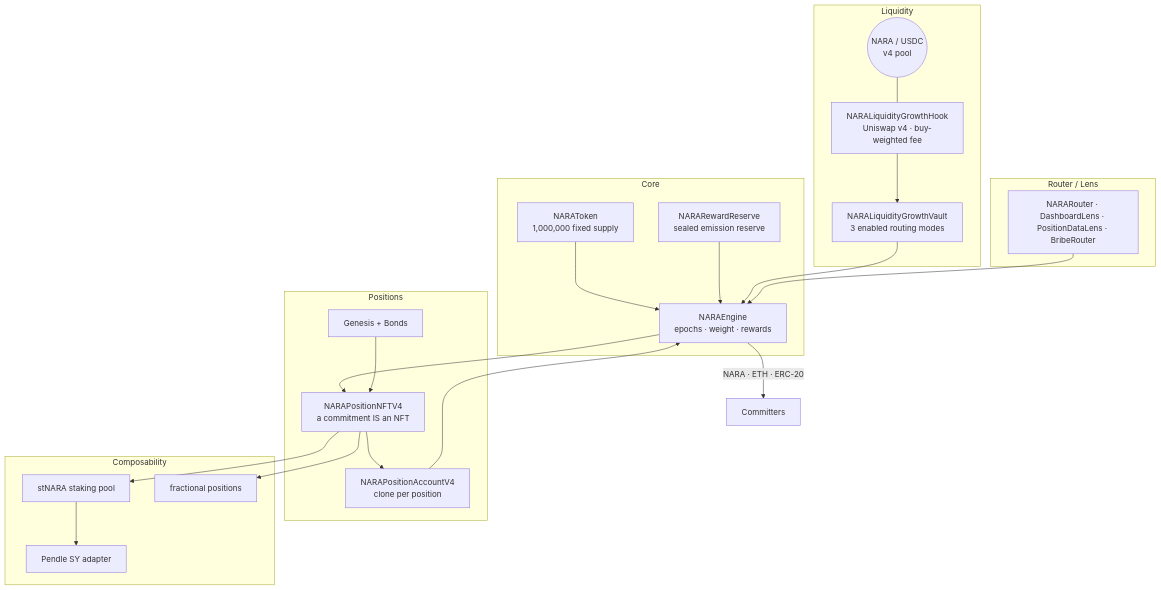
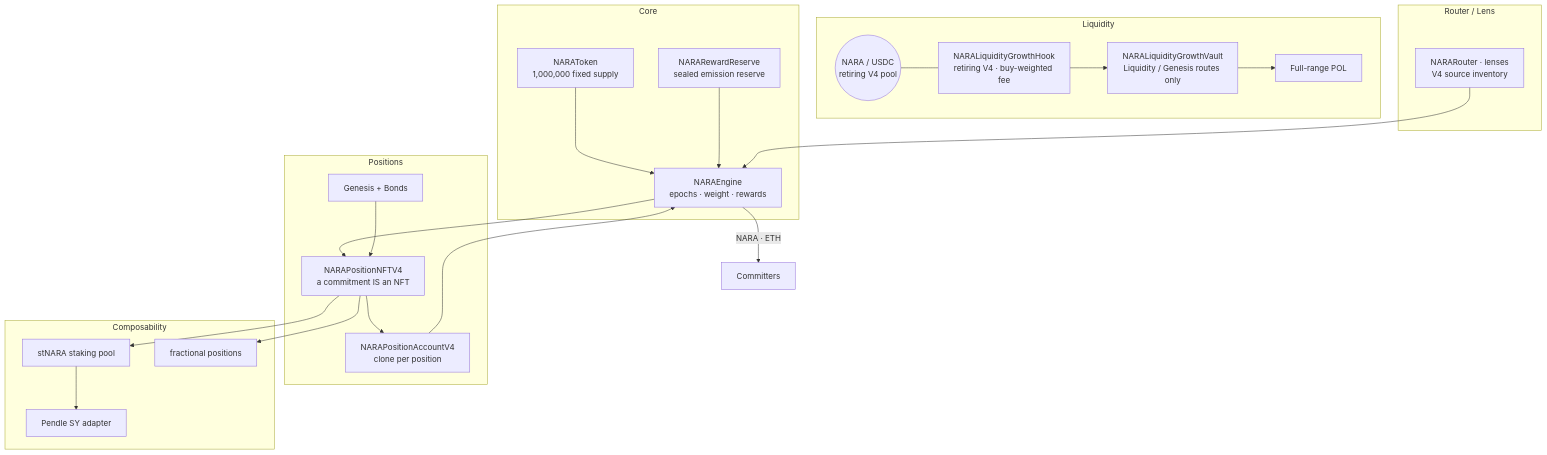
One commit to NARAProtocol/nara_protocol_v4 changed the diagram in README.md. Above: the diagram before and after it, drawn with Mermaid. The commit also changed other lines of this file and 112 other files, not shown here.

````diff
--- a/README.md
+++ b/README.md
@@ -78,36 +111,37 @@
 ```mermaid
 flowchart TD
     subgraph CORE[Core]
       T[NARAToken<br/>1,000,000 fixed supply]
       E[NARAEngine<br/>epochs · weight · rewards]
       R[NARARewardReserve<br/>sealed emission reserve]
     end
     subgraph LIQ[Liquidity]
-      H[NARALiquidityGrowthHook<br/>Uniswap v4 · buy-weighted fee]
-      V[NARALiquidityGrowthVault<br/>3 enabled routing modes]
-      P((NARA / USDC<br/>v4 pool))
+      H[NARALiquidityGrowthHook<br/>retiring V4 · buy-weighted fee]
+      V[NARALiquidityGrowthVault<br/>Liquidity / Genesis routes only]
+      P((NARA / USDC<br/>retiring V4 pool))
+      LP[Full-range POL]
     end
     subgraph POS[Positions]
       NFT[NARAPositionNFTV4<br/>a commitment IS an NFT]
       ACC[NARAPositionAccountV4<br/>clone per position]
       G[Genesis + Bonds]
     end
     subgraph CMP[Composability]
       ST[stNARA staking pool]
       SY[Pendle SY adapter]
       FR[fractional positions]
     end
     subgraph RTR[Router / Lens]
-      RT[NARARouter · DashboardLens · PositionDataLens · BribeRouter]
+      RT[NARARouter · lenses<br/>V4 source inventory]
     end
 
     T --> E
     R --> E
-    P --- H --> V --> E
+    P --- H --> V --> LP
     E --> NFT --> ACC --> E
     G --> NFT
     NFT --> ST --> SY
     NFT --> FR
     RT --> E
-    E -->|NARA · ETH · ERC-20| U[Committers]
+    E -->|NARA · ETH| U[Committers]
 ```
````
